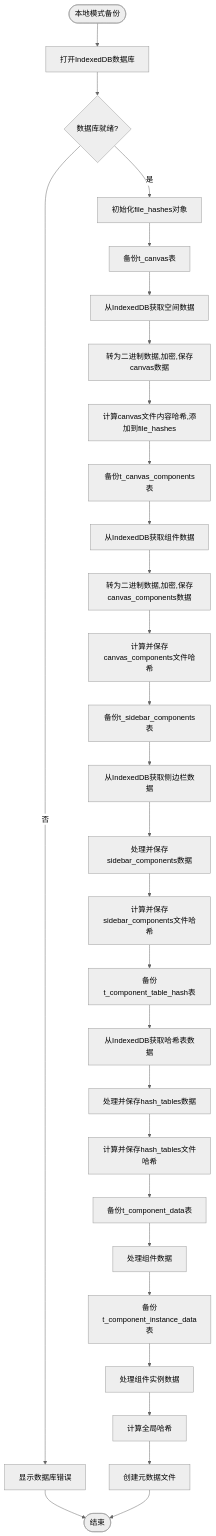
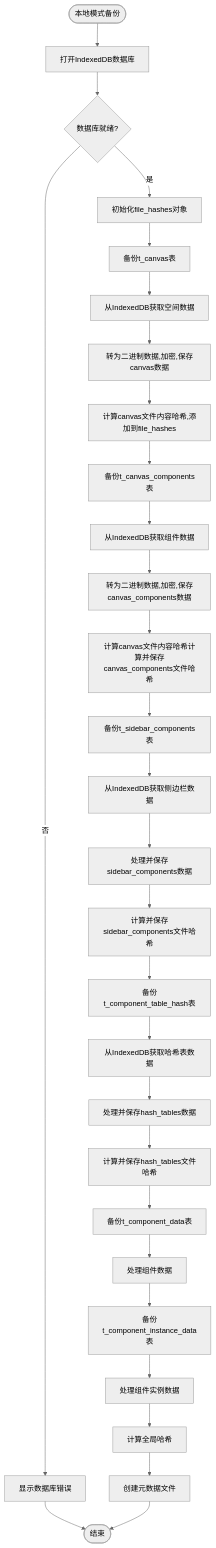
One commit to yingjianzh/iodraw-files changed the diagram in all/未命名-56.md. Above: the diagram before and after it, drawn with Mermaid (neutral theme).

Commit message:
2025-05-12 14:14:34 update

````diff
--- a/all/未命名-56.md
+++ b/all/未命名-56.md
@@ -1,44 +1,44 @@
 ```mermaid
 
 flowchart TD
     Start([本地模式备份]) --> OpenDB[打开IndexedDB数据库]
     OpenDB --> DBReady{数据库就绪?}
     
     DBReady -->|否| ShowDBError[显示数据库错误]
     DBReady -->|是| InitHashObject[初始化file_hashes对象]
     
     ShowDBError --> End([结束])
     
     InitHashObject --> BackupCanvas[备份t_canvas表]
     BackupCanvas --> GetCanvasFromDB[从IndexedDB获取空间数据]
     GetCanvasFromDB --> ProcessCanvasFile[转为二进制数据,加密,保存canvas数据]
     ProcessCanvasFile --> AddCanvasHash[计算canvas文件内容哈希,添加到file_hashes]
     
     AddCanvasHash --> BackupCanvasComps[备份t_canvas_components表]
     BackupCanvasComps --> GetCanvasCompsFromDB[从IndexedDB获取组件数据]
     GetCanvasCompsFromDB --> ProcessCanvasCompsFile[转为二进制数据,加密,保存canvas_components数据]
-    ProcessCanvasCompsFile --> AddCanvasCompsHash[计算并保存canvas_components文件哈希]
+    ProcessCanvasCompsFile --> AddCanvasCompsHash[计算canvas文件内容哈希计算并保存canvas_components文件哈希]
     
     AddCanvasCompsHash --> BackupSidebarComps[备份t_sidebar_components表]
     BackupSidebarComps --> GetSidebarCompsFromDB[从IndexedDB获取侧边栏数据]
     GetSidebarCompsFromDB --> ProcessSidebarCompsFile[处理并保存sidebar_components数据]
     ProcessSidebarCompsFile --> AddSidebarCompsHash[计算并保存sidebar_components文件哈希]
     
     AddSidebarCompsHash --> BackupHashTables[备份t_component_table_hash表]
     BackupHashTables --> GetHashTablesFromDB[从IndexedDB获取哈希表数据]
     GetHashTablesFromDB --> ProcessHashTablesFile[处理并保存hash_tables数据]
     ProcessHashTablesFile --> AddHashTablesHash[计算并保存hash_tables文件哈希]
     
     AddHashTablesHash --> BackupCompData[备份t_component_data表]
     BackupCompData --> ProcessCompData[处理组件数据]
     
     ProcessCompData --> BackupInstData[备份t_component_instance_data表]
     BackupInstData --> ProcessInstData[处理组件实例数据]
     
     ProcessInstData --> CalculateGlobalHash[计算全局哈希]
     CalculateGlobalHash --> CreateMetadataFile[创建元数据文件]
     
     CreateMetadataFile --> End
 
 
 ```
````
